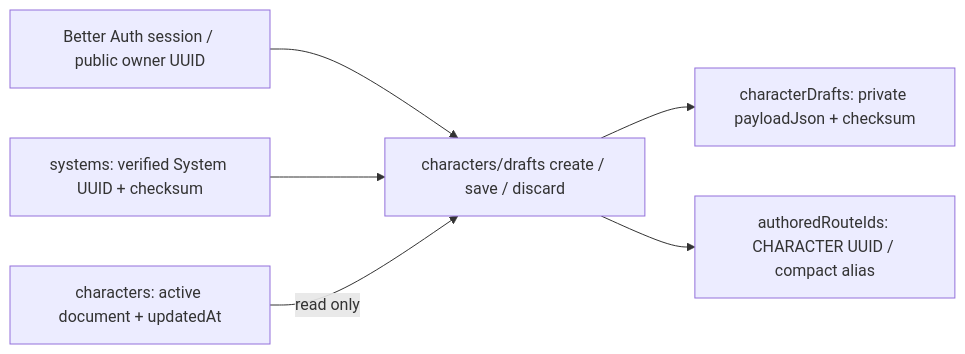
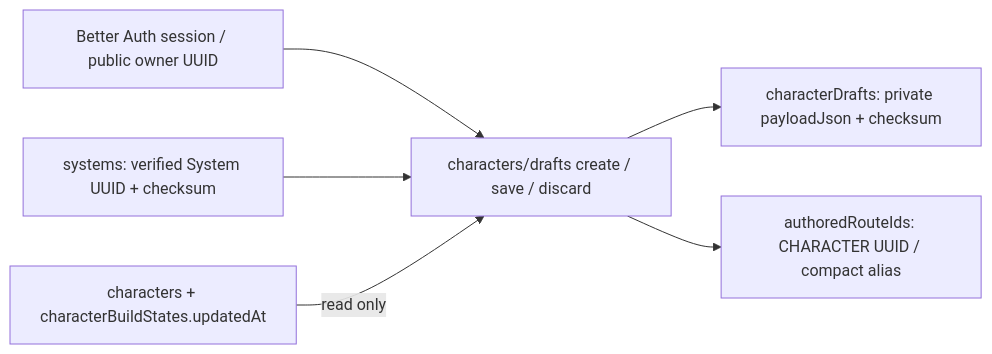
Before and after one commit to MPiland/artificer-toolkit: the third of 15 diagrams in docs/architecture/character.md, drawn with Mermaid. The commit also changed other lines of this file and 17 other files, not shown here.

````diff
--- a/docs/architecture/character.md
+++ b/docs/architecture/character.md
@@ -195,8 +195,8 @@
 ```mermaid
 flowchart LR
   Identity["Better Auth session / public owner UUID"] --> Draft["characters/drafts create / save / discard"]
   Binding["systems: verified System UUID + checksum"] --> Draft
-  Active["characters: active document + updatedAt"] -->|"read only"| Draft
+  Active["characters + characterBuildStates.updatedAt"] -->|"read only"| Draft
   Draft --> Work["characterDrafts: private payloadJson + checksum"]
   Draft --> Route["authoredRouteIds: CHARACTER UUID / compact alias"]
 ```
````
